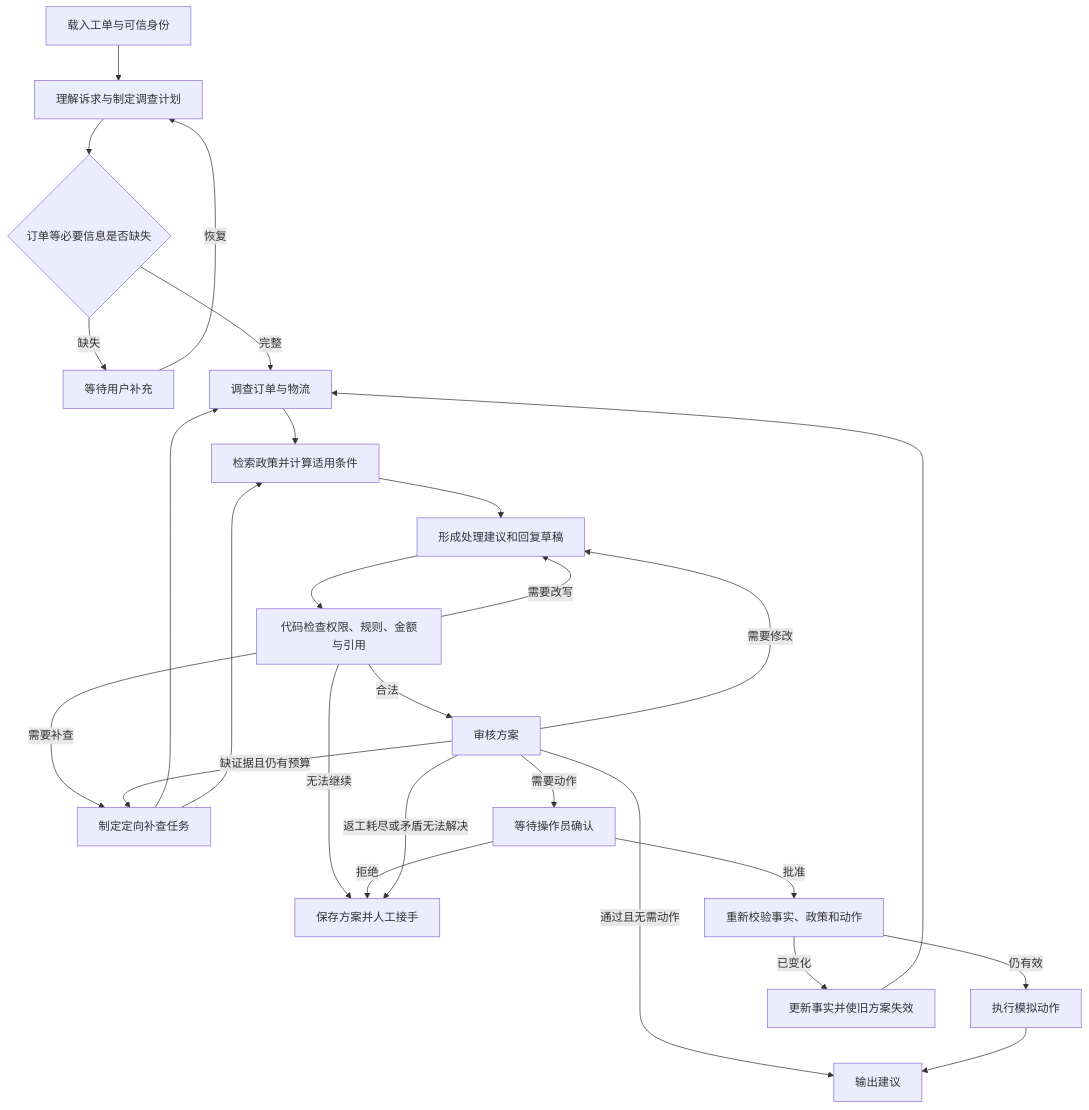
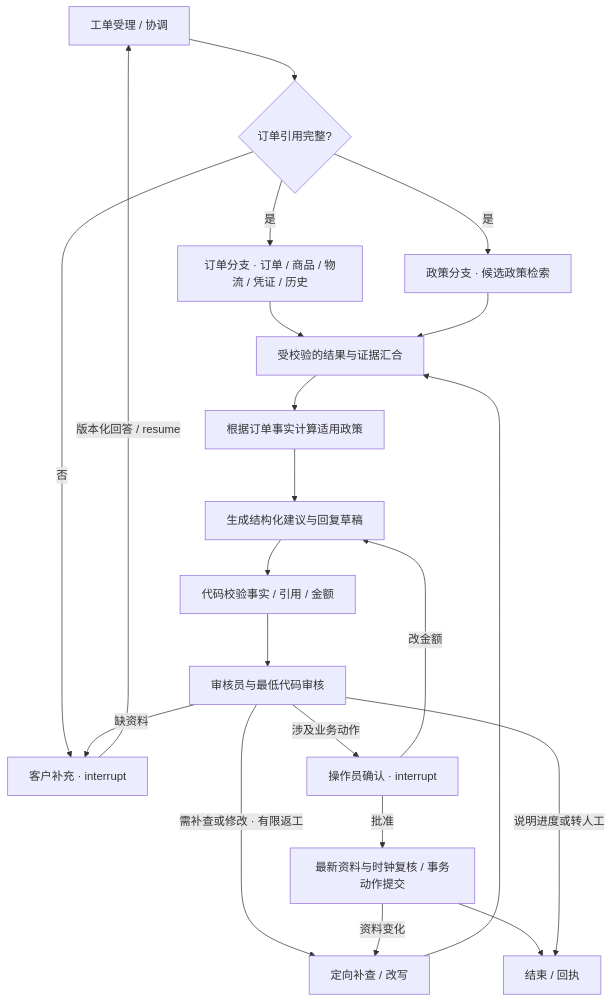
Before and after one commit to weiwei-cup/after-sales-multi-agent: the first of 2 diagrams in docs/technical-design.md, drawn with Mermaid. The commit also changed other lines of this file and 36 other files, not shown here.

````diff
--- a/docs/technical-design.md
+++ b/docs/technical-design.md
@@ -182,28 +28,23 @@
 ```mermaid
 flowchart TD
-    START[载入工单与可信身份] --> INTAKE[理解诉求与制定调查计划]
-    INTAKE --> MISSING{订单等必要信息是否缺失}
-    MISSING -->|缺失| CUSTOMER[等待用户补充]
-    CUSTOMER -->|恢复| INTAKE
-    MISSING -->|完整| ORDER[调查订单与物流]
-    ORDER --> POLICY[检索政策并计算适用条件]
-    POLICY --> DRAFT[形成处理建议和回复草稿]
-    DRAFT --> VALIDATE[代码检查权限、规则、金额与引用]
-    VALIDATE -->|合法| REVIEW[审核方案]
-    VALIDATE -->|需要补查| REPAIR[制定定向补查任务]
-    VALIDATE -->|需要改写| DRAFT
-    VALIDATE -->|无法继续| HANDOFF[保存方案并人工接手]
-    REVIEW -->|通过且无需动作| FINAL[输出建议]
-    REVIEW -->|缺证据且仍有预算| REPAIR
-    REPAIR --> ORDER
-    REPAIR --> POLICY
-    REVIEW -->|需要修改| DRAFT
-    REVIEW -->|需要动作| HUMAN[等待操作员确认]
-    HUMAN -->|批准| REVALIDATE[重新校验事实、政策和动作]
-    HUMAN -->|拒绝| HANDOFF
-    REVALIDATE -->|仍有效| EXEC[执行模拟动作]
-    REVALIDATE -->|已变化| REFRESH[更新事实并使旧方案失效]
-    REFRESH --> ORDER
-    EXEC --> FINAL
-    REVIEW -->|返工耗尽或矛盾无法解决| HANDOFF
+    IN[工单受理 / 协调] --> NEED{订单引用完整?}
+    NEED -->|否| CUSTOMER[客户补充 · interrupt]
+    CUSTOMER -->|版本化回答 / resume| IN
+    NEED -->|是| ORDER[订单分支 · 订单 / 商品 / 物流 / 凭证 / 历史]
+    NEED -->|是| CAND[政策分支 · 候选政策检索]
+    ORDER --> JOIN[受校验的结果与证据汇合]
+    CAND --> JOIN
+    JOIN --> POLICY[根据订单事实计算适用政策]
+    POLICY --> DRAFT[生成结构化建议与回复草稿]
+    DRAFT --> VALID[代码校验事实 / 引用 / 金额]
+    VALID --> REVIEW[审核员与最低代码审核]
+    REVIEW -->|需补查或修改 · 有限返工| REPAIR[定向补查 / 改写]
+    REPAIR --> JOIN
+    REVIEW -->|缺资料| CUSTOMER
+    REVIEW -->|涉及业务动作| HUMAN[操作员确认 · interrupt]
+    HUMAN -->|改金额| DRAFT
+    HUMAN -->|批准| EXEC[最新资料与时钟复核 / 事务动作提交]
+    EXEC -->|资料变化| REPAIR
+    EXEC --> FIN[结束 / 回执]
+    REVIEW -->|说明进度或转人工| FIN
 ```
````
